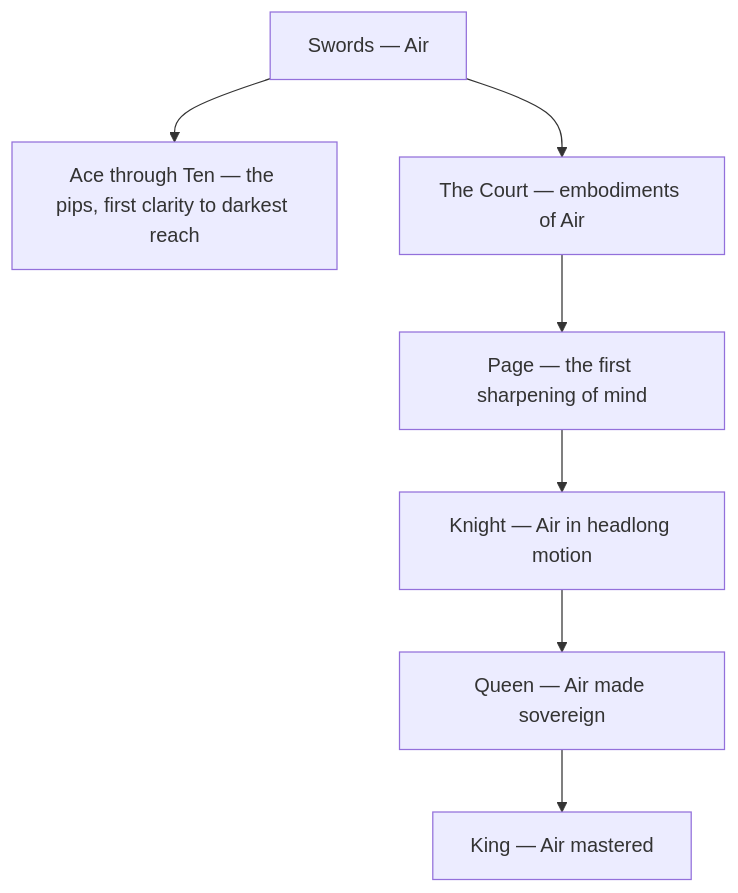
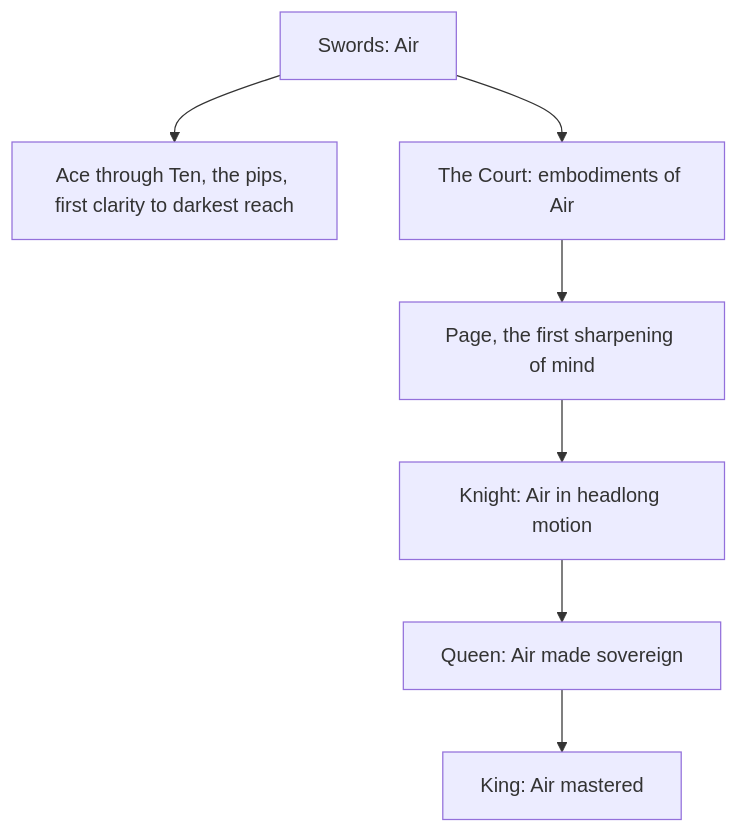
The diagram in data/knowledge/tarot/minor-arcana/swords.md (kennethreitz/kennethreitz.org), drawn with Mermaid before and after one commit. The commit also changed other lines of this file and 879 other files, not shown here.

````diff
--- a/data/knowledge/tarot/minor-arcana/swords.md
+++ b/data/knowledge/tarot/minor-arcana/swords.md
@@ -27,10 +27,10 @@
 ```mermaid
 flowchart TD
-    S["Swords — Air"]
-    S --> A["Ace through Ten — the pips, first clarity to darkest reach"]
-    S --> Ct["The Court — embodiments of Air"]
-    Ct --> P["Page — the first sharpening of mind"]
-    P --> K["Knight — Air in headlong motion"]
-    K --> Q["Queen — Air made sovereign"]
-    Q --> Ki["King — Air mastered"]
+    S["Swords: Air"]
+    S --> A["Ace through Ten, the pips, first clarity to darkest reach"]
+    S --> Ct["The Court: embodiments of Air"]
+    Ct --> P["Page, the first sharpening of mind"]
+    P --> K["Knight: Air in headlong motion"]
+    K --> Q["Queen: Air made sovereign"]
+    Q --> Ki["King: Air mastered"]
 ```
````
